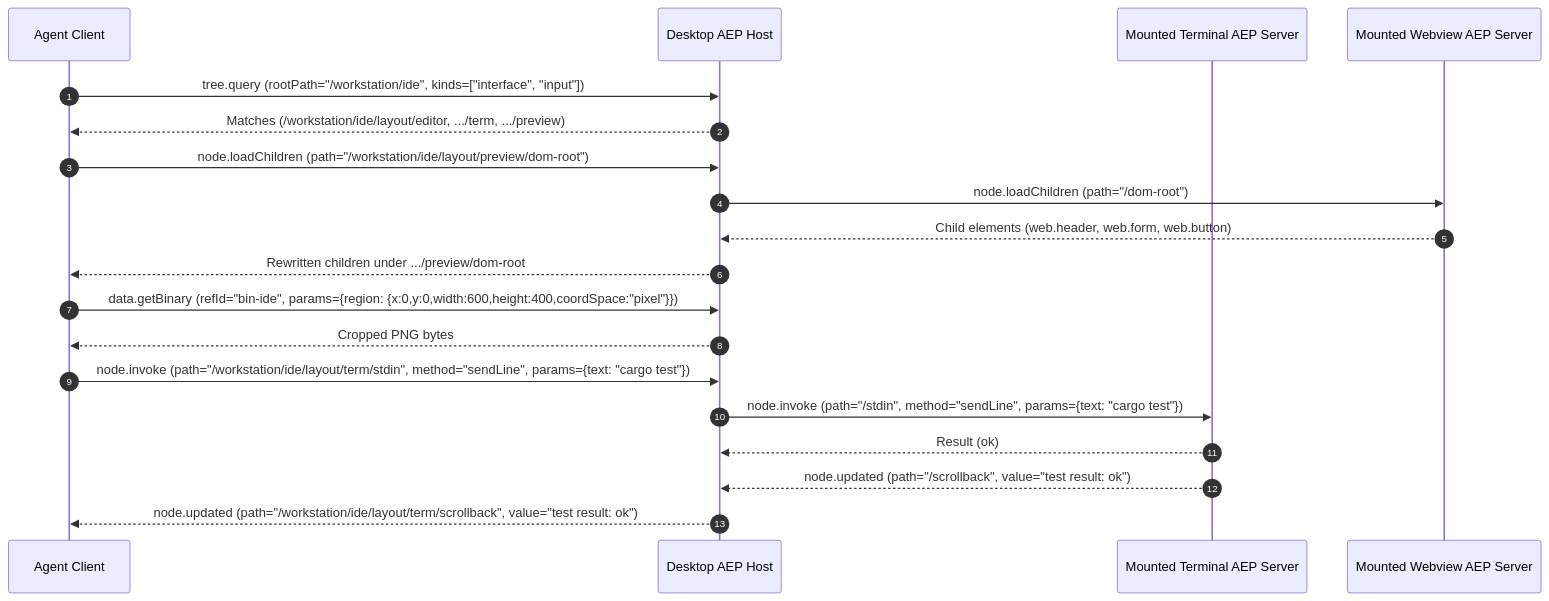
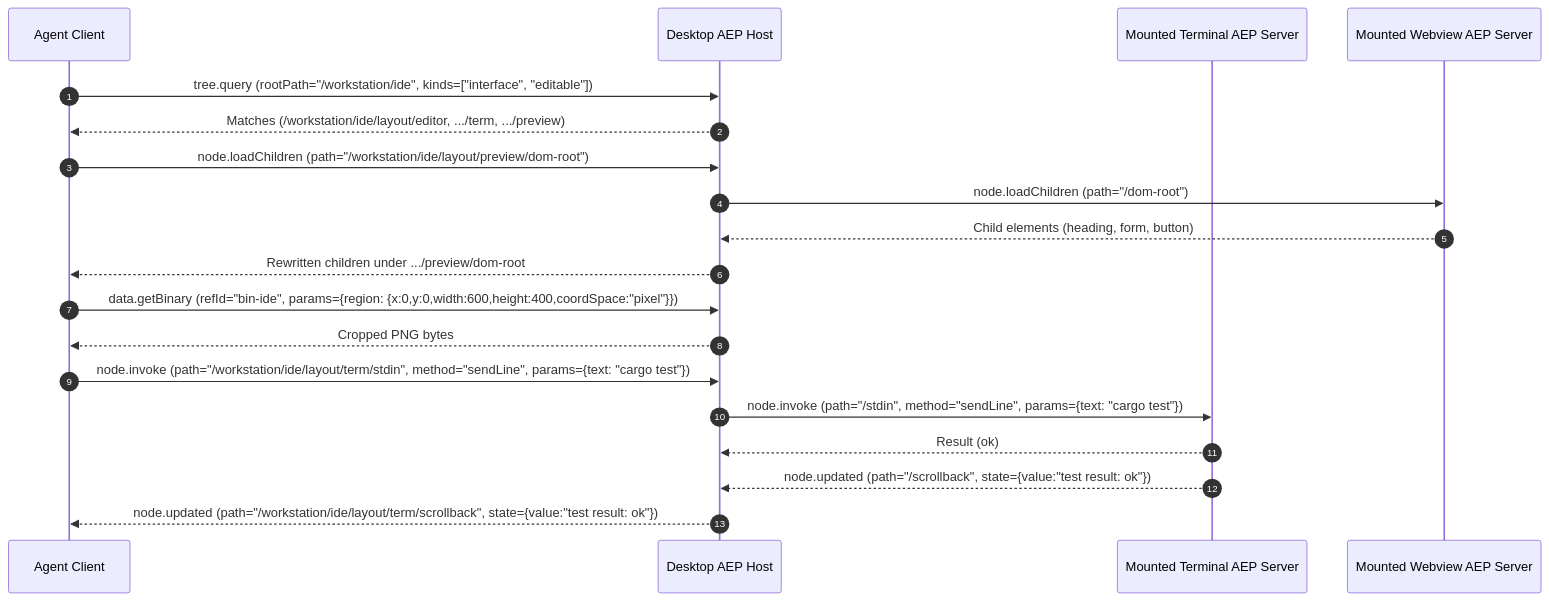
One commit to AgentEnvironmentProtocol/agent-environment-protocol changed the first of 4 diagrams in spec/07-scenarios-and-examples.md. Above: the diagram before and after it, drawn with Mermaid. The commit also changed other lines of this file and 8 other files, not shown here.

````diff
--- a/spec/07-scenarios-and-examples.md
+++ b/spec/07-scenarios-and-examples.md
@@ -36,25 +36,25 @@
 ```mermaid
 sequenceDiagram
     autonumber
     participant Agent as Agent Client
     participant Host as Desktop AEP Host
     participant Term as Mounted Terminal AEP Server
     participant Web as Mounted Webview AEP Server
 
-    Agent->>Host: tree.query (rootPath="/workstation/ide", kinds=["interface", "input"])
+    Agent->>Host: tree.query (rootPath="/workstation/ide", kinds=["interface", "editable"])
     Host-->>Agent: Matches (/workstation/ide/layout/editor, .../term, .../preview)
 
     Agent->>Host: node.loadChildren (path="/workstation/ide/layout/preview/dom-root")
     Host->>Web: node.loadChildren (path="/dom-root")
-    Web-->>Host: Child elements (web.header, web.form, web.button)
+    Web-->>Host: Child elements (heading, form, button)
     Host-->>Agent: Rewritten children under .../preview/dom-root
 
     Agent->>Host: data.getBinary (refId="bin-ide", params={region: {x:0,y:0,width:600,height:400,coordSpace:"pixel"}})
     Host-->>Agent: Cropped PNG bytes
 
     Agent->>Host: node.invoke (path="/workstation/ide/layout/term/stdin", method="sendLine", params={text: "cargo test"})
     Host->>Term: node.invoke (path="/stdin", method="sendLine", params={text: "cargo test"})
     Term-->>Host: Result (ok)
-    Term-->>Host: node.updated (path="/scrollback", value="test result: ok")
-    Host-->>Agent: node.updated (path="/workstation/ide/layout/term/scrollback", value="test result: ok")
+    Term-->>Host: node.updated (path="/scrollback", state={value:"test result: ok"})
+    Host-->>Agent: node.updated (path="/workstation/ide/layout/term/scrollback", state={value:"test result: ok"})
 ```
````
